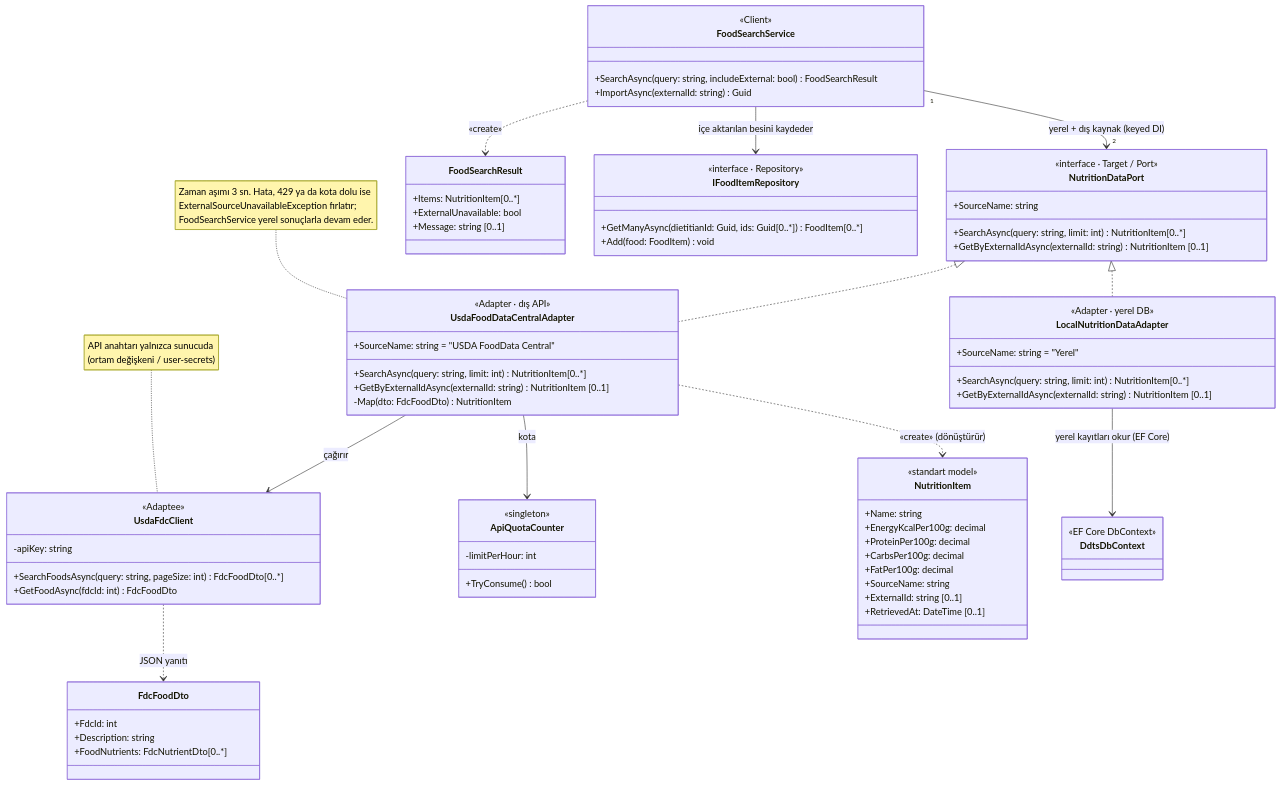
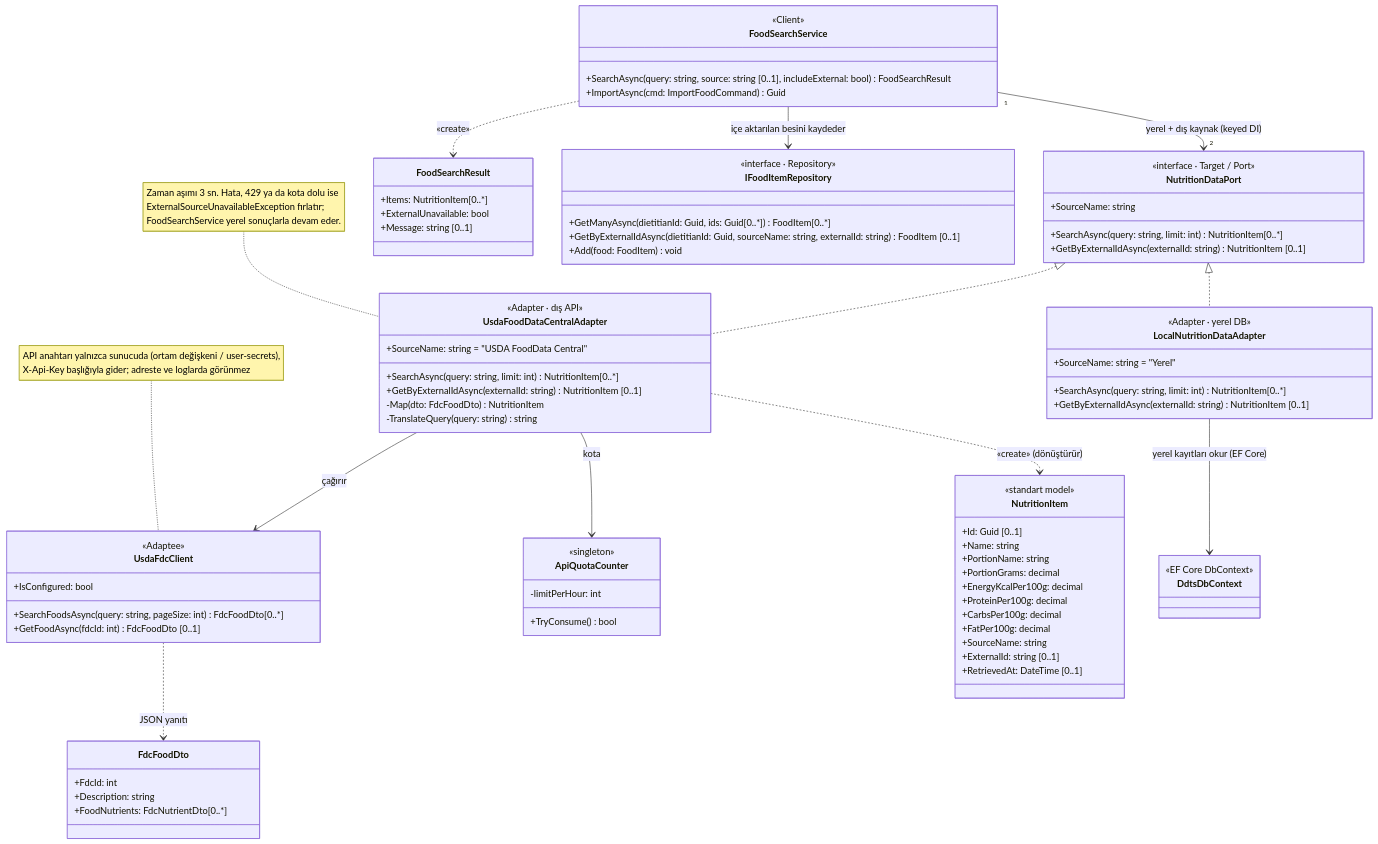
Before and after one commit to Emmet47/diyetisyen-danisan-takip-sistemi: the diagram in docs/uml/p-5-adapter.mmd, drawn with Mermaid. The commit also changed 142 other files, not shown here.

```diff
--- a/docs/uml/p-5-adapter.mmd
+++ b/docs/uml/p-5-adapter.mmd
@@ -1,78 +1,83 @@
 classDiagram
 direction TB
 class FoodSearchService {
   <<Client>>
-  +SearchAsync(query: string, includeExternal: bool) FoodSearchResult
-  +ImportAsync(externalId: string) Guid
+  +SearchAsync(query: string, source: string [0..1], includeExternal: bool) FoodSearchResult
+  +ImportAsync(cmd: ImportFoodCommand) Guid
 }
 class NutritionDataPort {
   <<interface · Target / Port>>
   +SourceName: string
   +SearchAsync(query: string, limit: int) NutritionItem[0..#42;]
   +GetByExternalIdAsync(externalId: string) NutritionItem [0..1]
 }
 class LocalNutritionDataAdapter {
   <<Adapter · yerel DB>>
   +SourceName: string = "Yerel"
   +SearchAsync(query: string, limit: int) NutritionItem[0..#42;]
   +GetByExternalIdAsync(externalId: string) NutritionItem [0..1]
 }
 class UsdaFoodDataCentralAdapter {
   <<Adapter · dış API>>
   +SourceName: string = "USDA FoodData Central"
   +SearchAsync(query: string, limit: int) NutritionItem[0..#42;]
   +GetByExternalIdAsync(externalId: string) NutritionItem [0..1]
   -Map(dto: FdcFoodDto) NutritionItem
+  -TranslateQuery(query: string) string
 }
 class UsdaFdcClient {
   <<Adaptee>>
-  -apiKey: string
+  +IsConfigured: bool
   +SearchFoodsAsync(query: string, pageSize: int) FdcFoodDto[0..#42;]
-  +GetFoodAsync(fdcId: int) FdcFoodDto
+  +GetFoodAsync(fdcId: int) FdcFoodDto [0..1]
 }
 class ApiQuotaCounter {
   <<singleton>>
   -limitPerHour: int
   +TryConsume() bool
 }
 class FdcFoodDto {
   +FdcId: int
   +Description: string
   +FoodNutrients: FdcNutrientDto[0..#42;]
 }
 class NutritionItem {
   <<standart model>>
+  +Id: Guid [0..1]
   +Name: string
+  +PortionName: string
+  +PortionGrams: decimal
   +EnergyKcalPer100g: decimal
   +ProteinPer100g: decimal
   +CarbsPer100g: decimal
   +FatPer100g: decimal
   +SourceName: string
   +ExternalId: string [0..1]
   +RetrievedAt: DateTime [0..1]
 }
 class FoodSearchResult {
   +Items: NutritionItem[0..#42;]
   +ExternalUnavailable: bool
   +Message: string [0..1]
 }
 class DdtsDbContext {
   <<EF Core DbContext>>
 }
 class IFoodItemRepository {
   <<interface · Repository>>
   +GetManyAsync(dietitianId: Guid, ids: Guid[0..#42;]) FoodItem[0..#42;]
+  +GetByExternalIdAsync(dietitianId: Guid, sourceName: string, externalId: string) FoodItem [0..1]
   +Add(food: FoodItem) void
 }
 NutritionDataPort <|.. LocalNutritionDataAdapter
 NutritionDataPort <|.. UsdaFoodDataCentralAdapter
 FoodSearchService "1" --> "2" NutritionDataPort : yerel + dış kaynak (keyed DI)
 FoodSearchService --> IFoodItemRepository : içe aktarılan besini kaydeder
 LocalNutritionDataAdapter --> DdtsDbContext : yerel kayıtları okur (EF Core)
 UsdaFoodDataCentralAdapter --> UsdaFdcClient : çağırır
 UsdaFoodDataCentralAdapter --> ApiQuotaCounter : kota
 UsdaFdcClient ..> FdcFoodDto : JSON yanıtı
 UsdaFoodDataCentralAdapter ..> NutritionItem : «create» (dönüştürür)
 FoodSearchService ..> FoodSearchResult : «create»
 note for UsdaFoodDataCentralAdapter "Zaman aşımı 3 sn. Hata, 429 ya da kota dolu ise<br>ExternalSourceUnavailableException fırlatır;<br>FoodSearchService yerel sonuçlarla devam eder."
-note for UsdaFdcClient "API anahtarı yalnızca sunucuda<br>(ortam değişkeni / user-secrets)"
+note for UsdaFdcClient "API anahtarı yalnızca sunucuda (ortam değişkeni / user-secrets),<br>X-Api-Key başlığıyla gider; adreste ve loglarda görünmez"
```
